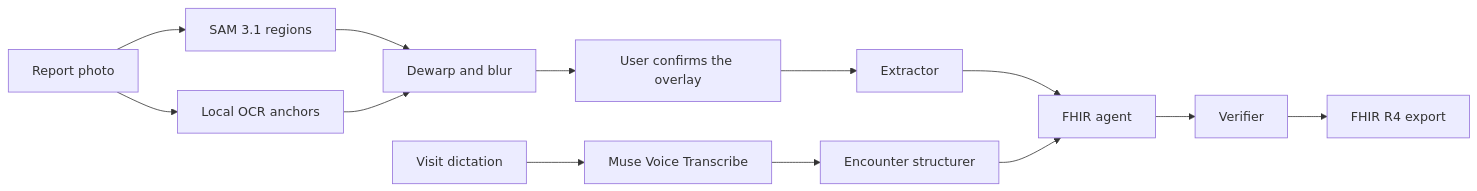
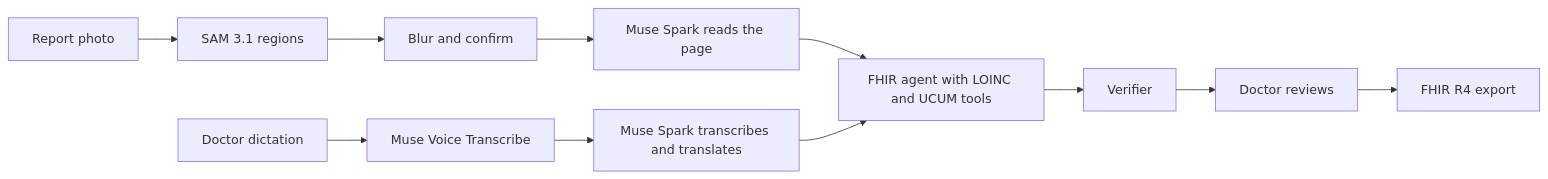
Before and after one commit to AmanurRahman101/mededge-ai: the diagram in README.md, drawn with Mermaid. The commit also changed other lines of this file and 45 other files, not shown here.

Commit message:
Add demo accounts, run trace, FHIR view, agent doctor path, privacy and hardening fixes

````diff
--- a/README.md
+++ b/README.md
@@ -18,15 +39,13 @@
 ```mermaid
 flowchart LR
   photo[Report photo] --> sam[SAM 3.1 regions]
-  photo --> ocr[Local OCR anchors]
-  sam --> redact[Dewarp and blur]
-  ocr --> redact
-  redact --> confirm[User confirms the overlay]
-  confirm --> extract[Extractor]
-  mic[Visit dictation] --> asr[Muse Voice Transcribe]
-  asr --> encounter[Encounter structurer]
-  extract --> agent[FHIR agent]
-  encounter --> agent
+  sam --> redact[Blur and confirm]
+  redact --> extract[Muse Spark reads the page]
+  mic[Doctor dictation] --> asr[Muse Voice Transcribe]
+  asr --> translate[Muse Spark transcribes and translates]
+  extract --> agent[FHIR agent with LOINC and UCUM tools]
+  translate --> agent
   agent --> verify[Verifier]
-  verify --> export[FHIR R4 export]
+  verify --> review[Doctor reviews]
+  review --> export[FHIR R4 export]
 ```
````
